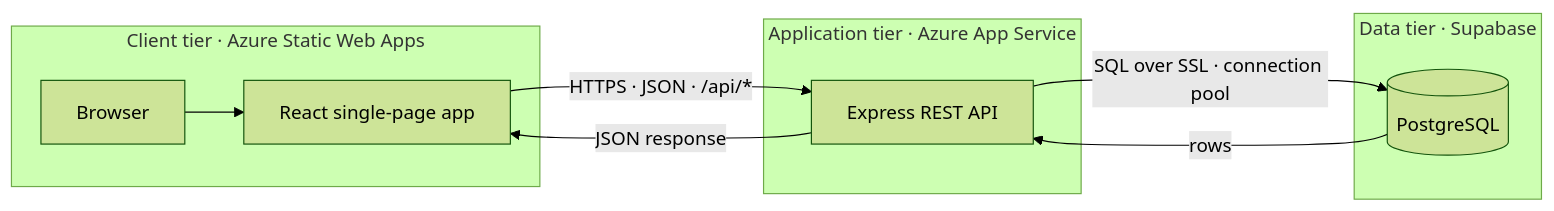
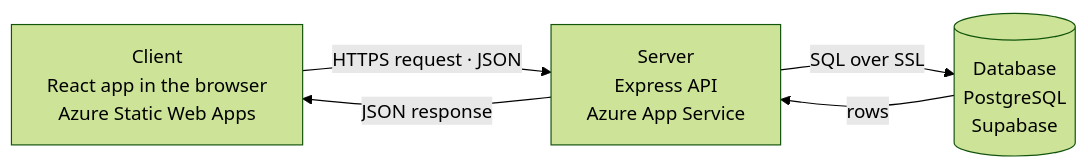
One commit to FlemingJohn/site-operation-dashboard changed the first of 3 diagrams in README.md. Above: the diagram before and after it, drawn with Mermaid (forest theme). The commit also changed other lines of this file, not shown here.

Commit message:
docs: simplify client-server architecture in README

````diff
--- a/README.md
+++ b/README.md
@@ -47,19 +53,11 @@
 ```mermaid
 flowchart LR
-    subgraph Client["Client tier · Azure Static Web Apps"]
-        B[Browser] --> R[React single-page app]
-    end
+    C["Client<br/>React app in the browser<br/>Azure Static Web Apps"]
+    S["Server<br/>Express API<br/>Azure App Service"]
+    D[("Database<br/>PostgreSQL<br/>Supabase")]
 
-    subgraph Server["Application tier · Azure App Service"]
-        A[Express REST API]
-    end
-
-    subgraph Data["Data tier · Supabase"]
-        D[(PostgreSQL)]
-    end
-
-    R -- "HTTPS · JSON · /api/*" --> A
-    A -- "JSON response" --> R
-    A -- "SQL over SSL · connection pool" --> D
-    D -- "rows" --> A
+    C -- "HTTPS request · JSON" --> S
+    S -- "JSON response" --> C
+    S -- "SQL over SSL" --> D
+    D -- "rows" --> S
 ```
````
